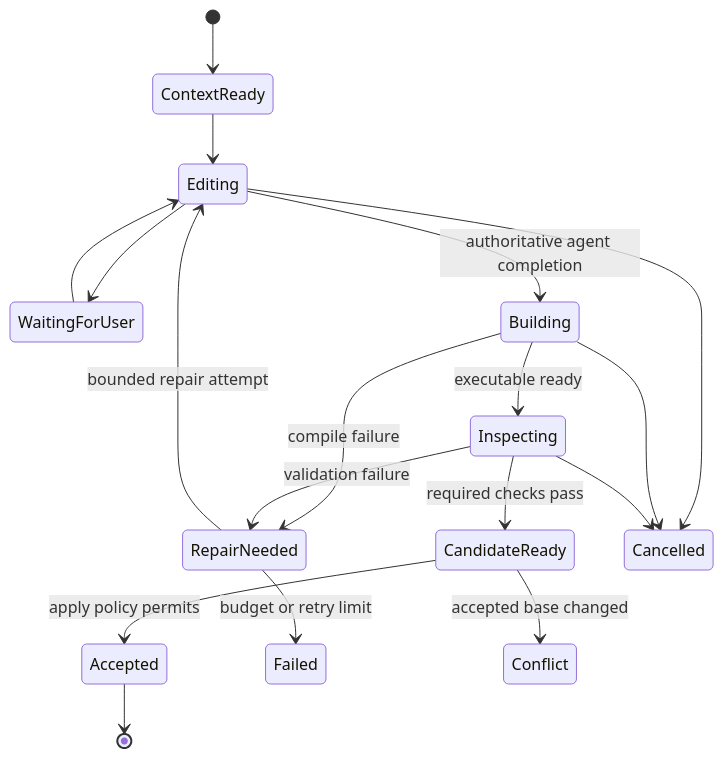
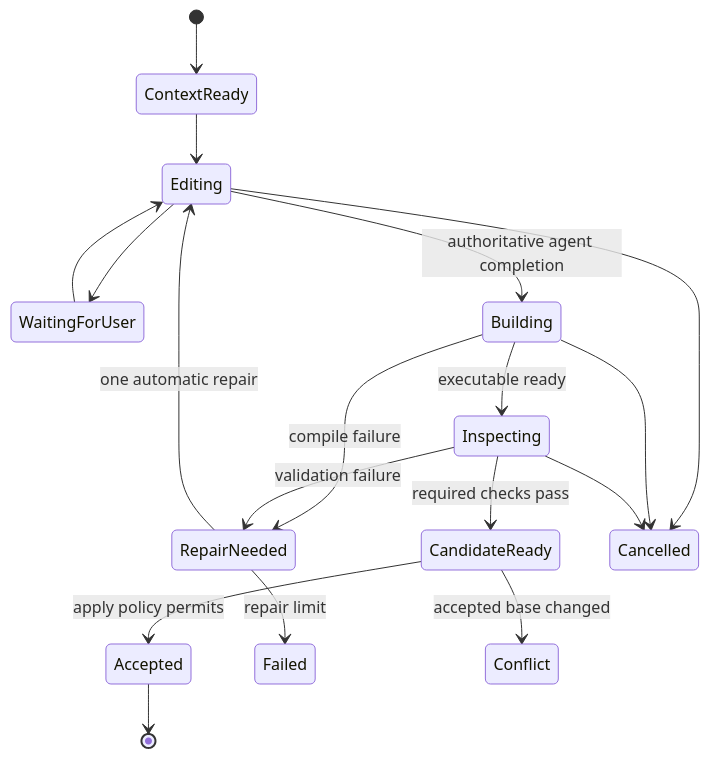
Before and after one commit to awun0105/fframes-desktop: the second of 2 diagrams in docs/desktop/architecture.md, drawn with Mermaid. The commit also changed other lines of this file and 7 other files, not shown here.

````diff
--- a/docs/desktop/architecture.md
+++ b/docs/desktop/architecture.md
@@ -220,20 +226,20 @@
 ```mermaid
 stateDiagram-v2
   [*] --> ContextReady
   ContextReady --> Editing
   Editing --> WaitingForUser
   WaitingForUser --> Editing
   Editing --> Building: authoritative agent completion
   Building --> Inspecting: executable ready
   Inspecting --> CandidateReady: required checks pass
   CandidateReady --> Accepted: apply policy permits
   Accepted --> [*]
   Building --> RepairNeeded: compile failure
   Inspecting --> RepairNeeded: validation failure
-  RepairNeeded --> Editing: bounded repair attempt
-  RepairNeeded --> Failed: budget or retry limit
+  RepairNeeded --> Editing: one automatic repair
+  RepairNeeded --> Failed: repair limit
   Editing --> Cancelled
   Building --> Cancelled
   Inspecting --> Cancelled
   CandidateReady --> Conflict: accepted base changed
 ```
````
